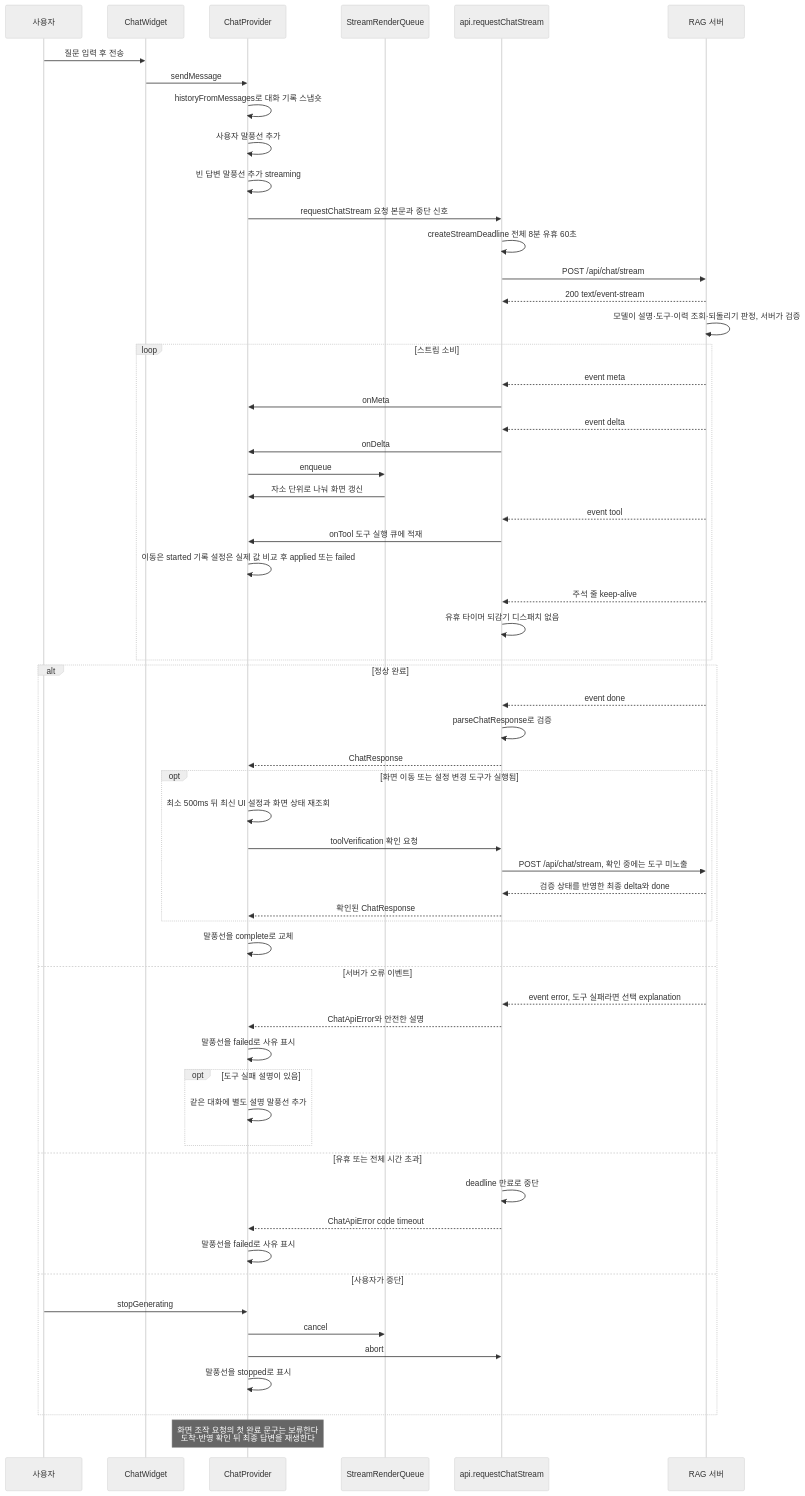
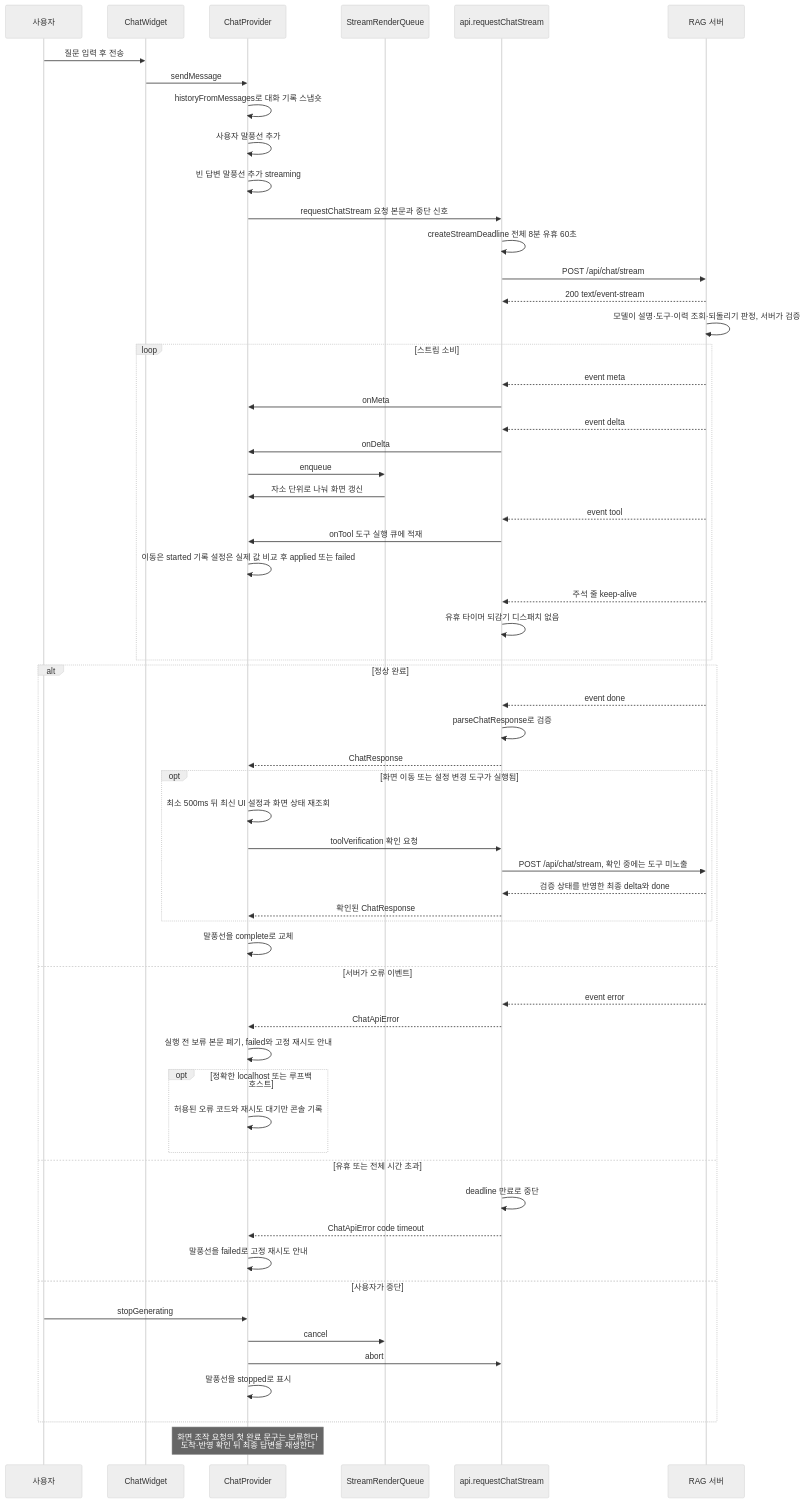
Before and after one commit to s-work-song/ssw-portfolio-public: the second of 5 diagrams in web/docs/chatbot-architecture.md, drawn with Mermaid (neutral theme). The commit also changed other lines of this file and 11 other files, not shown here.

````diff
--- a/web/docs/chatbot-architecture.md
+++ b/web/docs/chatbot-architecture.md
@@ -106,66 +106,66 @@
 ```mermaid
 sequenceDiagram
   participant U as 사용자
   participant W as ChatWidget
   participant P as ChatProvider
   participant Q as StreamRenderQueue
   participant A as api.requestChatStream
   participant S as RAG 서버
 
   U->>W: 질문 입력 후 전송
   W->>P: sendMessage
   P->>P: historyFromMessages로 대화 기록 스냅숏
   P->>P: 사용자 말풍선 추가
   P->>P: 빈 답변 말풍선 추가 streaming
   P->>A: requestChatStream 요청 본문과 중단 신호
   A->>A: createStreamDeadline 전체 8분 유휴 60초
   A->>S: POST /api/chat/stream
   S-->>A: 200 text/event-stream
   S->>S: 모델이 설명·도구·이력 조회·되돌리기 판정, 서버가 검증
 
   loop 스트림 소비
     S-->>A: event meta
     A->>P: onMeta
     S-->>A: event delta
     A->>P: onDelta
     P->>Q: enqueue
     Q->>P: 자소 단위로 나눠 화면 갱신
     S-->>A: event tool
     A->>P: onTool 도구 실행 큐에 적재
     P->>P: 이동은 started 기록 설정은 실제 값 비교 후 applied 또는 failed
     S-->>A: 주석 줄 keep-alive
     A->>A: 유휴 타이머 되감기 디스패치 없음
   end
 
   alt 정상 완료
     S-->>A: event done
     A->>A: parseChatResponse로 검증
     A-->>P: ChatResponse
     opt 화면 이동 또는 설정 변경 도구가 실행됨
       P->>P: 최소 500ms 뒤 최신 UI 설정과 화면 상태 재조회
       P->>A: toolVerification 확인 요청
       A->>S: POST /api/chat/stream, 확인 중에는 도구 미노출
       S-->>A: 검증 상태를 반영한 최종 delta와 done
       A-->>P: 확인된 ChatResponse
     end
     P->>P: 말풍선을 complete로 교체
   else 서버가 오류 이벤트
-    S-->>A: event error, 도구 실패라면 선택 explanation
-    A-->>P: ChatApiError와 안전한 설명
-    P->>P: 말풍선을 failed로 사유 표시
-    opt 도구 실패 설명이 있음
-      P->>P: 같은 대화에 별도 설명 말풍선 추가
+    S-->>A: event error
+    A-->>P: ChatApiError
+    P->>P: 실행 전 보류 본문 폐기, failed와 고정 재시도 안내
+    opt 정확한 localhost 또는 루프백 호스트
+      P->>P: 허용된 오류 코드와 재시도 대기만 콘솔 기록
     end
   else 유휴 또는 전체 시간 초과
     A->>A: deadline 만료로 중단
     A-->>P: ChatApiError code timeout
-    P->>P: 말풍선을 failed로 사유 표시
+    P->>P: 말풍선을 failed로 고정 재시도 안내
   else 사용자가 중단
     U->>P: stopGenerating
     P->>Q: cancel
     P->>A: abort
     P->>P: 말풍선을 stopped로 표시
   end
 
   Note over P: 화면 조작 요청의 첫 완료 문구는 보류한다<br/>도착·반영 확인 뒤 최종 답변을 재생한다
 ```
````
